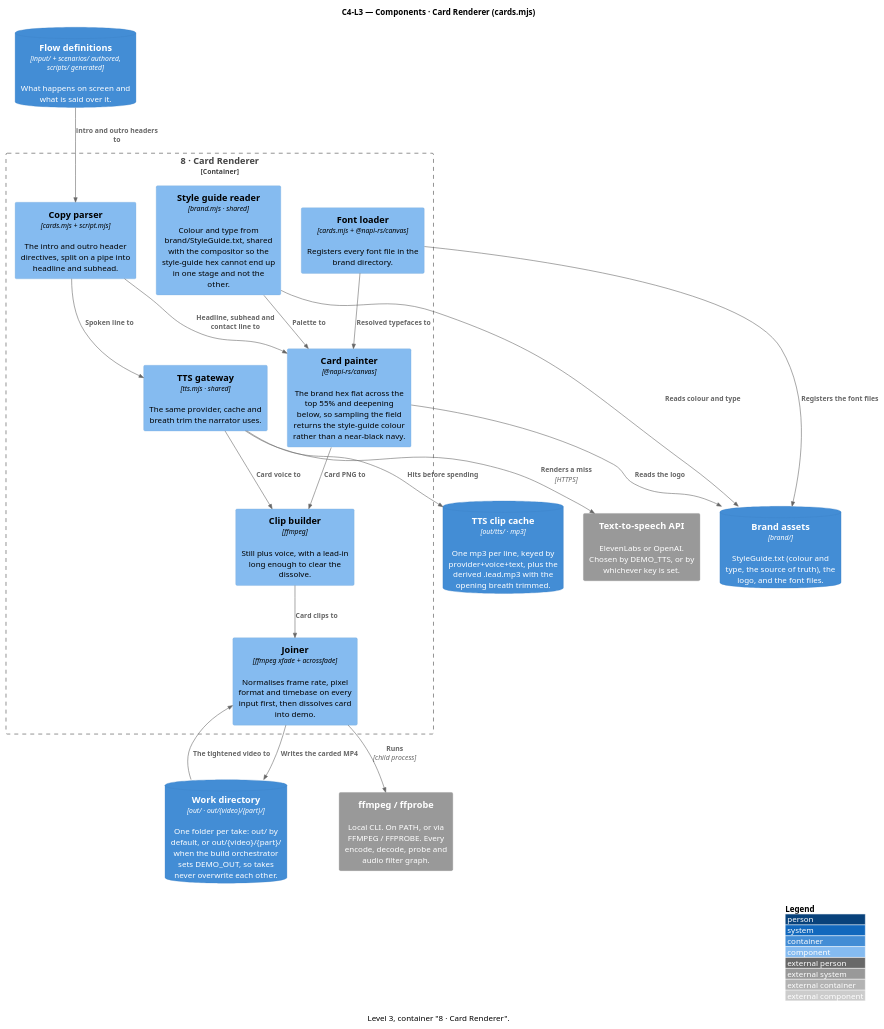
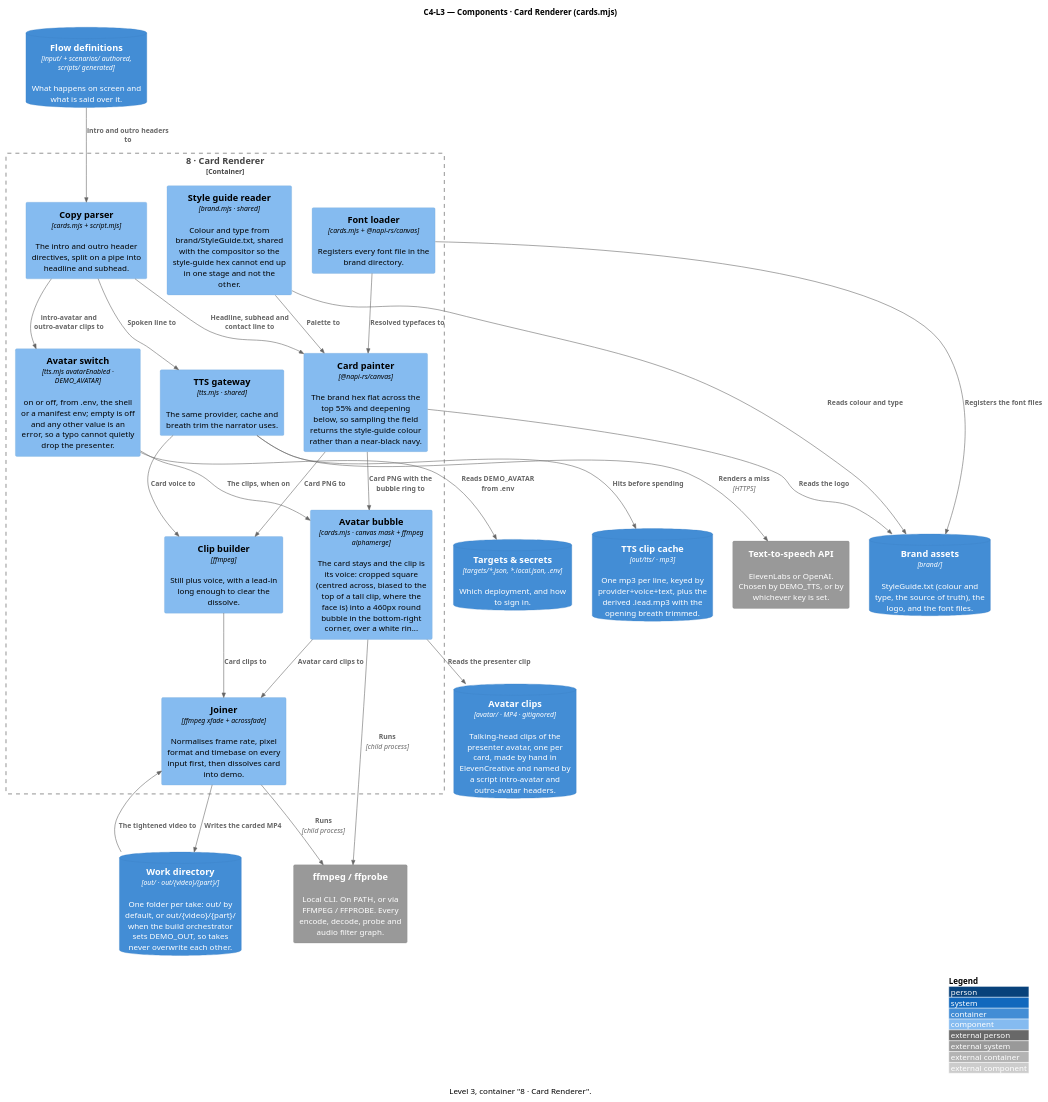
One commit to ssunduko/product-video changed the diagram in docs/c4-l3-card-renderer.puml. Above: the diagram before and after it, drawn with PlantUML. The commit also changed 27 other files, not shown here.

```diff
--- a/docs/c4-l3-card-renderer.puml
+++ b/docs/c4-l3-card-renderer.puml
@@ -1,45 +1,56 @@
 @startuml c4-l3-card-renderer
 ' Generated by docs/c4-model.mjs — do not edit; edit the model and re-run.
 !include <C4/C4_Component>
 ' No bundled C4 stdlib? Replace the line above with:
 ' !include https://raw.githubusercontent.com/plantuml-stdlib/C4-PlantUML/master/C4_Component.puml
 
 title C4-L3 — Components · Card Renderer (cards.mjs)
 caption Level 3, container "8 · Card Renderer".
 
 ContainerDb(flow_definitions, "Flow definitions", "input/ + scenarios/ authored, scripts/ generated", "What happens on screen and what is said over it.")
 ContainerDb(brand_assets, "Brand assets", "brand/", "StyleGuide.txt (colour and type, the source of truth), the logo, and the font files.")
 ContainerDb(tts_clip_cache, "TTS clip cache", "out/tts/ · mp3", "One mp3 per line, keyed by provider+voice+text, plus the derived .lead.mp3 with the opening breath trimmed.")
 System_Ext(text_to_speech_api, "Text-to-speech API", "ElevenLabs or OpenAI. Chosen by DEMO_TTS, or by whichever key is set.")
 ContainerDb(work_directory, "Work directory", "out/ · out/{video}/{part}/", "One folder per take: out/ by default, or out/{video}/{part}/ when the build orchestrator sets DEMO_OUT, so takes never overwrite each other.")
 System_Ext(ffmpeg_ffprobe, "ffmpeg / ffprobe", "Local CLI. On PATH, or via FFMPEG / FFPROBE. Every encode, decode, probe and audio filter graph.")
+ContainerDb(targets_secrets, "Targets & secrets", "targets/*.json, *.local.json, .env", "Which deployment, and how to sign in.")
+ContainerDb(avatar_clips, "Avatar clips", "avatar/ · MP4 · gitignored", "Talking-head clips of the presenter avatar, one per card, made by hand in ElevenCreative and named by a script intro-avatar and outro-avatar headers.")
 
 Container_Boundary(card_renderer_2, "8 · Card Renderer") {
   Component(copy_parser, "Copy parser", "cards.mjs + script.mjs", "The intro and outro header directives, split on a pipe into headline and subhead.")
   Component(style_guide_reader, "Style guide reader", "brand.mjs · shared", "Colour and type from brand/StyleGuide.txt, shared with the compositor so the style-guide hex cannot end up in one stage and not the other.")
   Component(font_loader, "Font loader", "cards.mjs + @napi-rs/canvas", "Registers every font file in the brand directory.")
   Component(card_painter, "Card painter", "@napi-rs/canvas", "The brand hex flat across the top 55% and deepening below, so sampling the field returns the style-guide colour rather than a near-black navy.")
   Component(tts_gateway_2, "TTS gateway", "tts.mjs · shared", "The same provider, cache and breath trim the narrator uses.")
   Component(clip_builder, "Clip builder", "ffmpeg", "Still plus voice, with a lead-in long enough to clear the dissolve.")
   Component(joiner, "Joiner", "ffmpeg xfade + acrossfade", "Normalises frame rate, pixel format and timebase on every input first, then dissolves card into demo.")
+  Component(avatar_switch, "Avatar switch", "tts.mjs avatarEnabled · DEMO_AVATAR", "on or off, from .env, the shell or a manifest env; empty is off and any other value is an error, so a typo cannot quietly drop the presenter.")
+  Component(avatar_bubble, "Avatar bubble", "cards.mjs · canvas mask + ffmpeg alphamerge", "The card stays and the clip is its voice: cropped square (centred across, biased to the top of a tall clip, where the face is) into a 460px round bubble in the bottom-right corner, over a white rin...")
 }
 
+Rel(copy_parser, avatar_switch, "intro-avatar and outro-avatar clips to")
+Rel(avatar_switch, targets_secrets, "Reads DEMO_AVATAR from .env")
+Rel(avatar_switch, avatar_bubble, "The clips, when on")
+Rel(avatar_bubble, avatar_clips, "Reads the presenter clip")
+Rel(card_painter, avatar_bubble, "Card PNG with the bubble ring to")
+Rel(avatar_bubble, ffmpeg_ffprobe, "Runs", "child process")
+Rel(avatar_bubble, joiner, "Avatar card clips to")
 Rel(flow_definitions, copy_parser, "intro and outro headers to")
 Rel(style_guide_reader, brand_assets, "Reads colour and type")
 Rel(font_loader, brand_assets, "Registers the font files")
 Rel(copy_parser, card_painter, "Headline, subhead and contact line to")
 Rel(style_guide_reader, card_painter, "Palette to")
 Rel(font_loader, card_painter, "Resolved typefaces to")
 Rel(card_painter, brand_assets, "Reads the logo")
 Rel(copy_parser, tts_gateway_2, "Spoken line to")
 Rel(tts_gateway_2, tts_clip_cache, "Hits before spending")
 Rel(tts_gateway_2, text_to_speech_api, "Renders a miss", "HTTPS")
 Rel(card_painter, clip_builder, "Card PNG to")
 Rel(tts_gateway_2, clip_builder, "Card voice to")
 Rel(clip_builder, joiner, "Card clips to")
 Rel(work_directory, joiner, "The tightened video to")
 Rel(joiner, ffmpeg_ffprobe, "Runs", "child process")
 Rel(joiner, work_directory, "Writes the carded MP4")
 
 LAYOUT_WITH_LEGEND()
 @enduml
```
